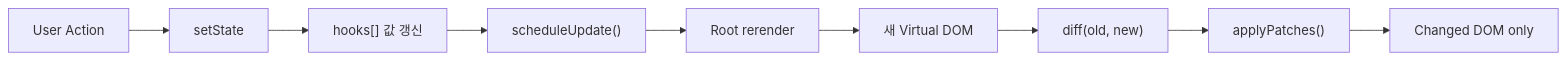
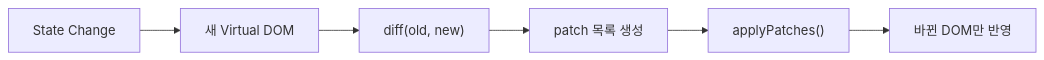
Before and after one commit to cloud-9-git/baby-react_260401: the fifth of 5 diagrams in README.md, drawn with Mermaid. The commit also changed other lines of this file and 1 other file, not shown here.

````diff
--- a/README.md
+++ b/README.md
@@ -97,11 +152,8 @@
 ```mermaid
 flowchart LR
-    A["User Action"] --> B["setState"]
-    B --> C["hooks[] 값 갱신"]
-    C --> D["scheduleUpdate()"]
-    D --> E["Root rerender"]
-    E --> F["새 Virtual DOM"]
-    F --> G["diff(old, new)"]
-    G --> H["applyPatches()"]
-    H --> I["Changed DOM only"]
+    A["State Change"] --> B["새 Virtual DOM"]
+    B --> C["diff(old, new)"]
+    C --> D["patch 목록 생성"]
+    D --> E["applyPatches()"]
+    E --> F["바뀐 DOM만 반영"]
 ```
````
